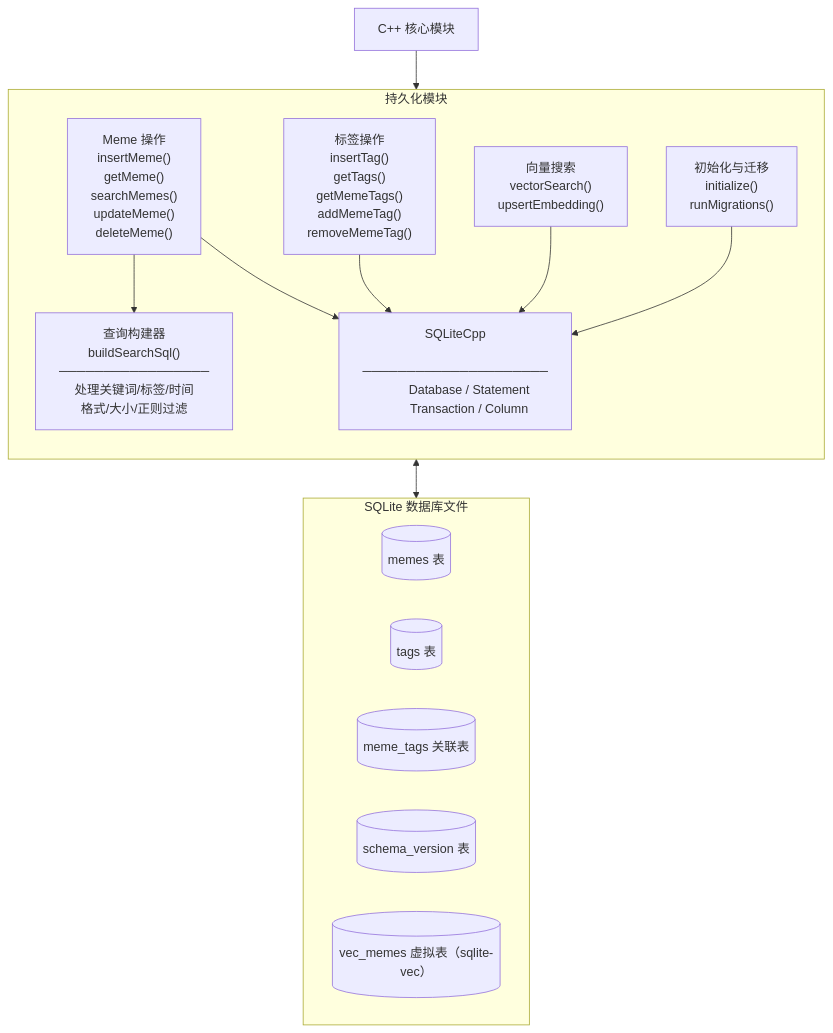
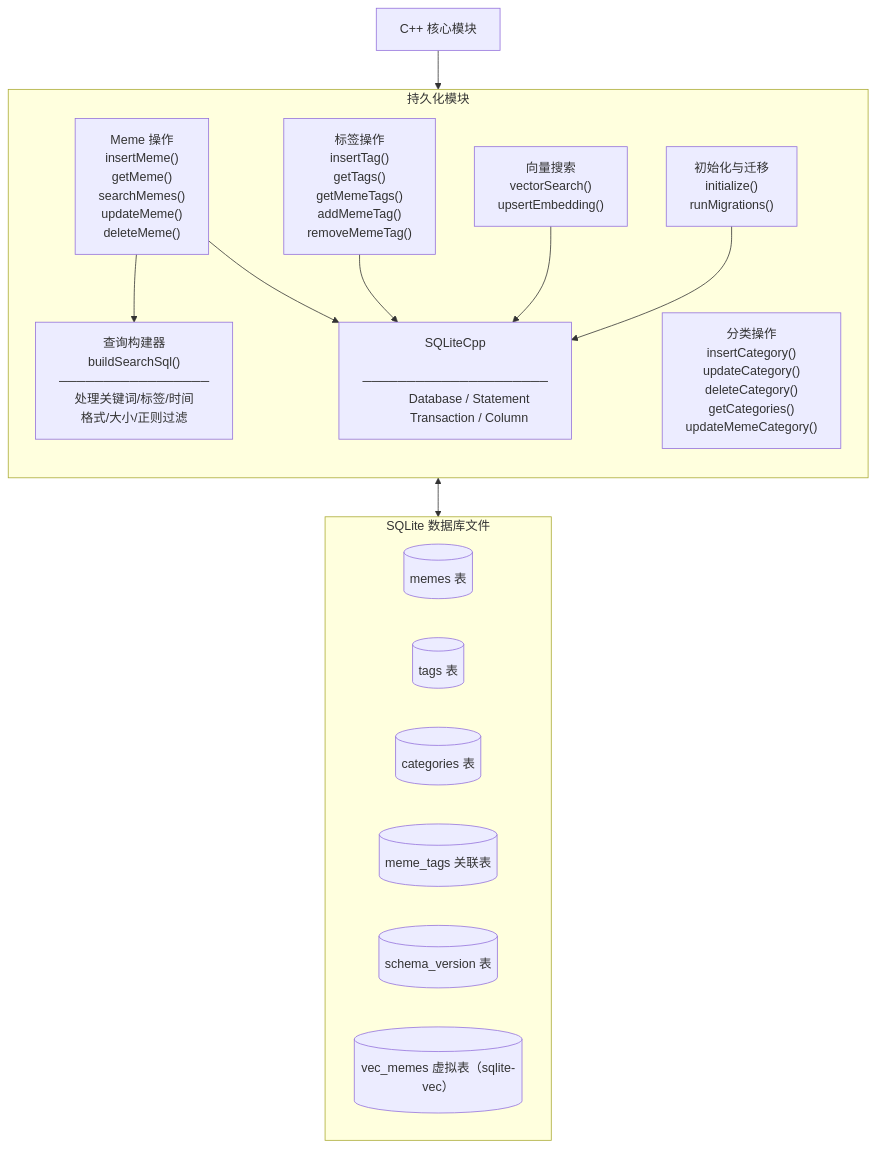
The first of 3 diagrams in docs/arch/persistence.md (MintITes/QuickMemes), drawn with Mermaid before and after one commit. The commit also changed other lines of this file and 10 other files, not shown here.

````diff
--- a/docs/arch/persistence.md
+++ b/docs/arch/persistence.md
@@ -38,58 +38,66 @@
 ```mermaid
 graph TD
     CORE["C++ 核心模块"]
 
     subgraph PERSISTENCE ["持久化模块"]
         direction TB
 
         INIT["初始化与迁移
         initialize()
         runMigrations()"]
 
         MEME_OPS["Meme 操作
         insertMeme()
         getMeme()
         searchMemes()
         updateMeme()
         deleteMeme()"]
 
         TAG_OPS["标签操作
         insertTag()
         getTags()
         getMemeTags()
         addMemeTag()
         removeMemeTag()"]
+
+        CAT_OPS["分类操作
+        insertCategory()
+        updateCategory()
+        deleteCategory()
+        getCategories()
+        updateMemeCategory()"]
 
         VEC_SEARCH["向量搜索
         vectorSearch()
         upsertEmbedding()"]
 
         QUERY_BUILDER["查询构建器
         buildSearchSql()
         ─────────────────
         处理关键词/标签/时间
         格式/大小/正则过滤"]
 
         SQLITE_CPP["SQLiteCpp
         ─────────────────────
         Database / Statement
         Transaction / Column"]
 
         MEME_OPS --> QUERY_BUILDER
         MEME_OPS --> SQLITE_CPP
         TAG_OPS --> SQLITE_CPP
         VEC_SEARCH --> SQLITE_CPP
         INIT --> SQLITE_CPP
     end
 
     subgraph DB_FILE ["SQLite 数据库文件"]
         MEME_TABLE[("memes 表")]
         TAG_TABLE[("tags 表")]
+        CAT_TABLE[("categories 表")]
         MEME_TAG_TABLE[("meme_tags 关联表")]
         SCHEMA_TABLE[("schema_version 表")]
         VEC_TABLE[("vec_memes 虚拟表（sqlite-vec）")]
     end
 
     CORE --> PERSISTENCE
     SQLITE_CPP <--> DB_FILE
 ```
````
